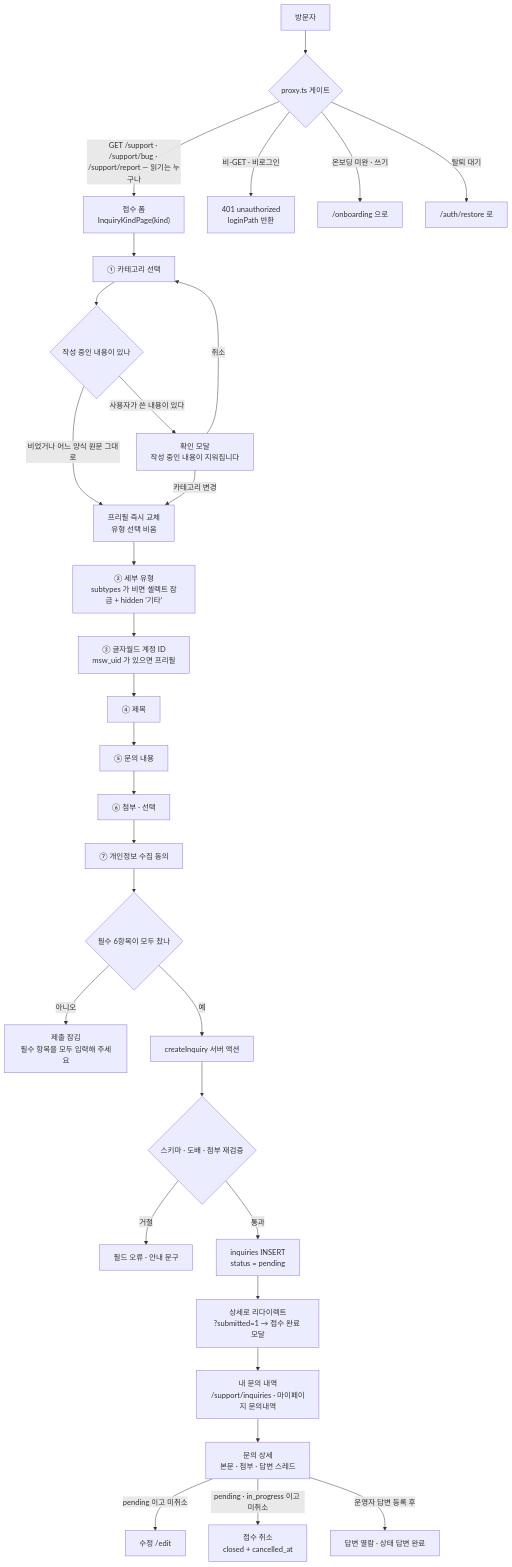
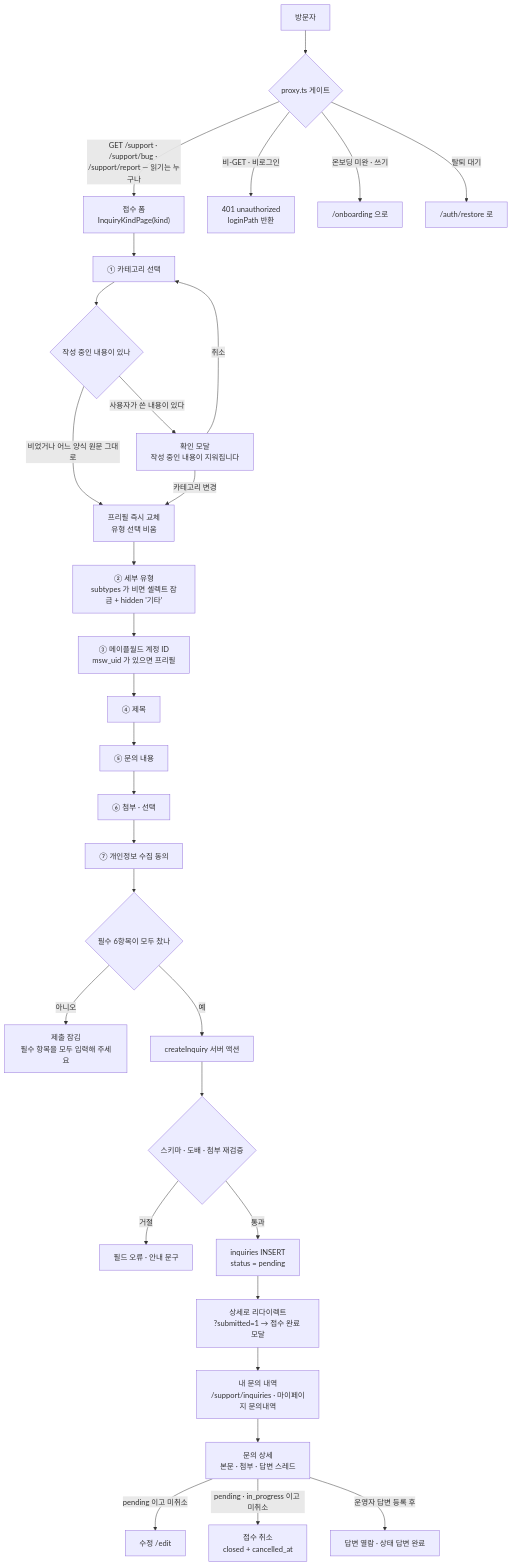
Before and after one commit to GoodBlock-Nill/maple: the first of 5 diagrams in docs/admin/INQUIRY-GUIDE.md, drawn with Mermaid. The commit also changed other lines of this file and 8 other files, not shown here.

First line of the commit message:
fix(support): 문의 접수 폼 라벨 "글자월드 계정 ID" → "메이플월드 계정 ID"

````diff
--- a/docs/admin/INQUIRY-GUIDE.md
+++ b/docs/admin/INQUIRY-GUIDE.md
@@ -132,30 +132,30 @@
 ```mermaid
 flowchart TD
     A["방문자"] --> B{"proxy.ts 게이트"}
     B -->|"GET /support · /support/bug · /support/report — 읽기는 누구나"| F["접수 폼<br/>InquiryKindPage(kind)"]
     B -->|"비-GET · 비로그인"| L401["401 unauthorized<br/>loginPath 반환"]
     B -->|"온보딩 미완 · 쓰기"| ONB["/onboarding 으로"]
     B -->|"탈퇴 대기"| RST["/auth/restore 로"]
     F --> C["① 카테고리 선택"]
     C --> P{"작성 중인 내용이 있나"}
     P -->|"비었거나 어느 양식 원문 그대로"| PF["프리필 즉시 교체<br/>유형 선택 비움"]
     P -->|"사용자가 쓴 내용이 있다"| CD["확인 모달<br/>작성 중인 내용이 지워집니다"]
     CD -->|"카테고리 변경"| PF
     CD -->|"취소"| C
     PF --> T["② 세부 유형<br/>subtypes 가 비면 셀렉트 잠금 + hidden '기타'"]
-    T --> ID["③ 글자월드 계정 ID<br/>msw_uid 가 있으면 프리필"]
+    T --> ID["③ 메이플월드 계정 ID<br/>msw_uid 가 있으면 프리필"]
     ID --> TI["④ 제목"] --> CT["⑤ 문의 내용"] --> AT["⑥ 첨부 · 선택"]
     AT --> AG["⑦ 개인정보 수집 동의"]
     AG --> SB{"필수 6항목이 모두 찼나"}
     SB -->|"아니오"| LK["제출 잠김<br/>필수 항목을 모두 입력해 주세요"]
     SB -->|"예"| SV["createInquiry 서버 액션"]
     SV --> V{"스키마 · 도배 · 첨부 재검증"}
     V -->|"거절"| ERR["필드 오류 · 안내 문구"]
     V -->|"통과"| INS["inquiries INSERT<br/>status = pending"]
     INS --> OK["상세로 리다이렉트<br/>?submitted=1 → 접수 완료 모달"]
     OK --> LIST["내 문의 내역<br/>/support/inquiries · 마이페이지 문의내역"]
     LIST --> DET["문의 상세<br/>본문 · 첨부 · 답변 스레드"]
     DET -->|"pending 이고 미취소"| EDIT["수정 /edit"]
     DET -->|"pending · in_progress 이고 미취소"| CAN["접수 취소<br/>closed + cancelled_at"]
     DET -->|"운영자 답변 등록 후"| ANS["답변 열람 · 상태 답변 완료"]
 ```
````
